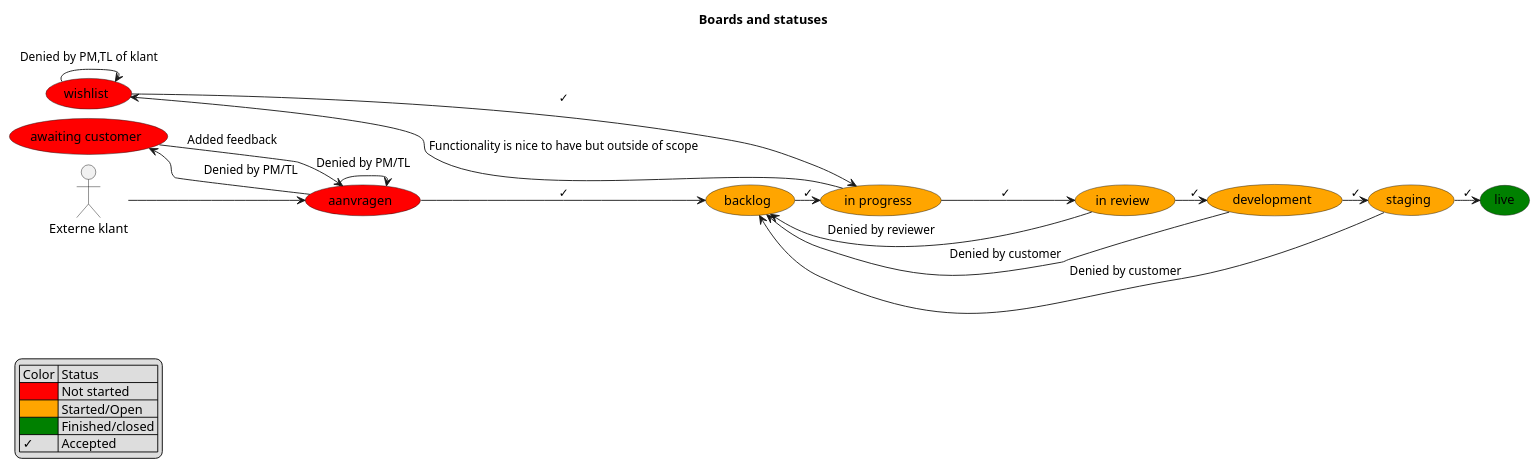
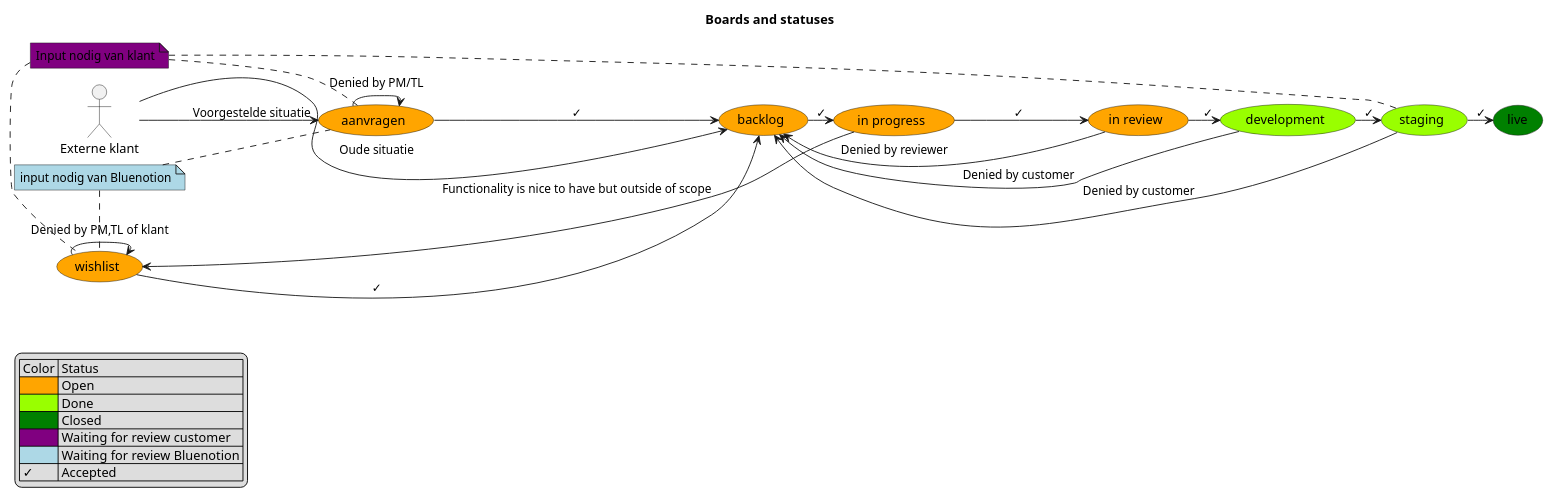
The third of 4 diagrams in Documentatie/FunctioneelOntwerp.md (DCReceveur/pre-afstudeer-docs), drawn with PlantUML before and after one commit. The commit also changed other lines of this file and 17 other files, not shown here.

````diff
--- a/Documentatie/FunctioneelOntwerp.md
+++ b/Documentatie/FunctioneelOntwerp.md
@@ -150,47 +225,57 @@
 ```plantuml
 title Boards and statuses
 skinparam nodesep 10
 skinparam ranksep 10
 left to right direction
 skinparam groupInheritance 3
 
 ' skinparam linetype polyline
 ' skinparam linetype ortho
 (backlog) #orange
 (in progress) as in_progress  #orange
 (in review) as in_review #orange 
-(development) #orange
-(staging) #orange
+(development) #99FF00
+(staging) #99FF00
 (live) #green
-(wishlist) #red
-(aanvragen) #red
-(awaiting customer) as awaiting_customer #red
+(wishlist) #Orange
+(aanvragen) #Orange
+' (awaiting customer) as awaiting_customer #red
 actor "Externe klant" as EK
 
+note "Input nodig van klant" as customernotifynote #Purple
+note "input nodig van Bluenotion" as bluenote #Lightblue
+
+customernotifynote .[norank]. wishlist
+customernotifynote .[norank]. staging
+customernotifynote .[norank]. aanvragen
+bluenote .[norank]. aanvragen
+bluenote .[norank]. wishlist
 
 aanvragen -DOWN-> backlog : ✓
-wishlist -[norank]-> in_progress : ✓
+wishlist -[norank]-> backlog : ✓
 backlog -DOWN-> in_progress : ✓
 in_progress -DOWN-> in_review : ✓
 in_review -DOWN-> development : ✓
 development -DOWN-> staging : ✓
 staging -DOWN-> live : ✓
 in_review -[norank]-> backlog : Denied by reviewer
 wishlist -[norank]-> wishlist : Denied by PM,TL of klant
 aanvragen -[norank]-> aanvragen : Denied by PM/TL
 development -[norank]-> backlog : Denied by customer
 staging -[norank]-> backlog : Denied by customer
 in_progress -[norank]-> wishlist : Functionality is nice to have but outside of scope
-EK --> aanvragen
-aanvragen -[norank]-> awaiting_customer : \t Denied by PM/TL
-awaiting_customer -[norank]->aanvragen : Added feedback \t
+EK --> aanvragen : Voorgestelde situatie
+EK -[norank]-> backlog : Oude situatie
+
 
 legend left
     | Color | Status |
-    |<#Red>| Not started |
-    |<#Orange>| Started/Open |
-    |<#Green>| Finished/closed |
+    |<#Orange>| Open |
+    |<#99FF00>| Done |
+    |<#Green>| Closed |
+    |<#Purple> | Waiting for review customer |
+    |<#LightBlue>  | Waiting for review Bluenotion |
     | ✓ | Accepted |
 endlegend
 
 ```
````
